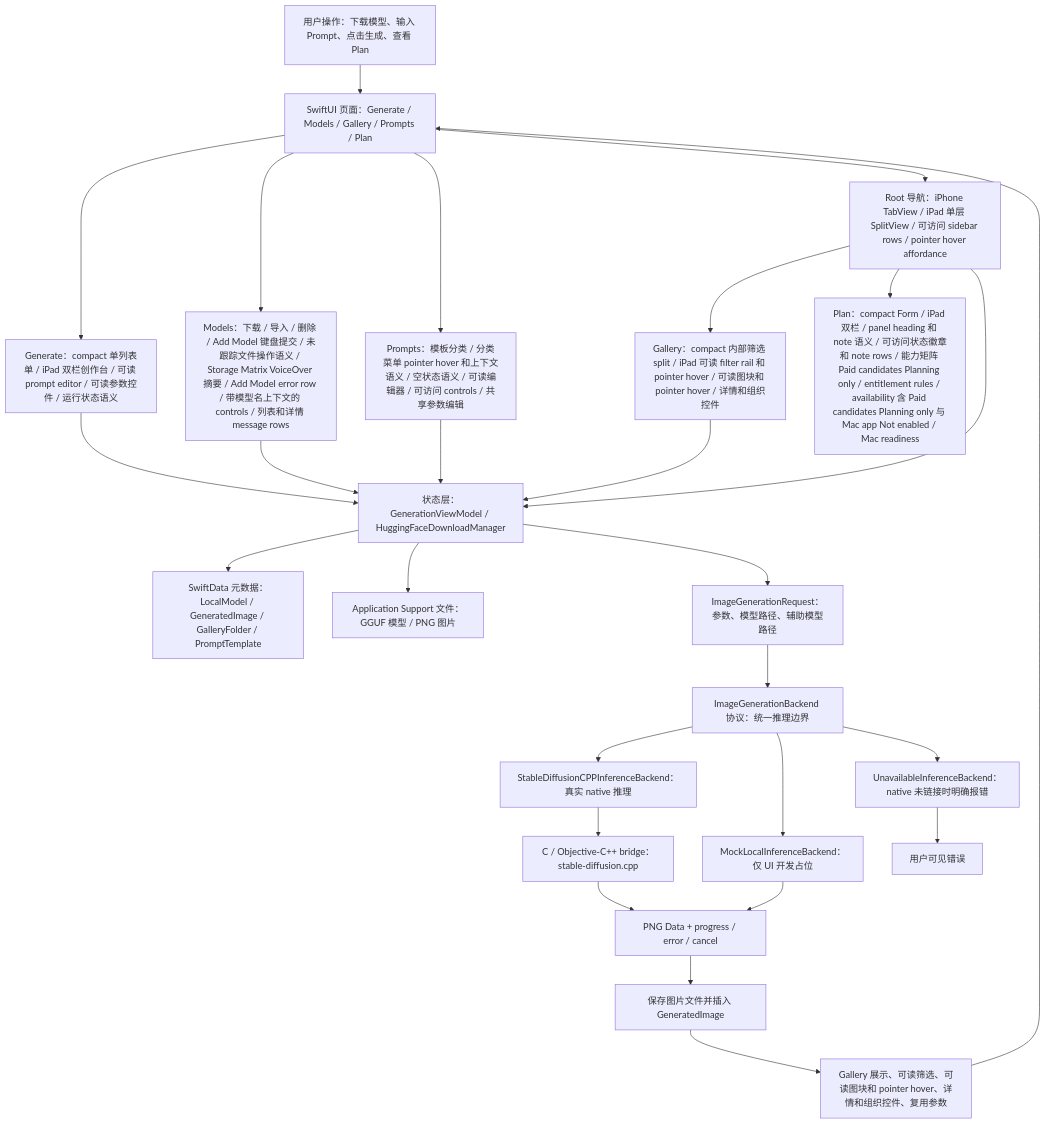
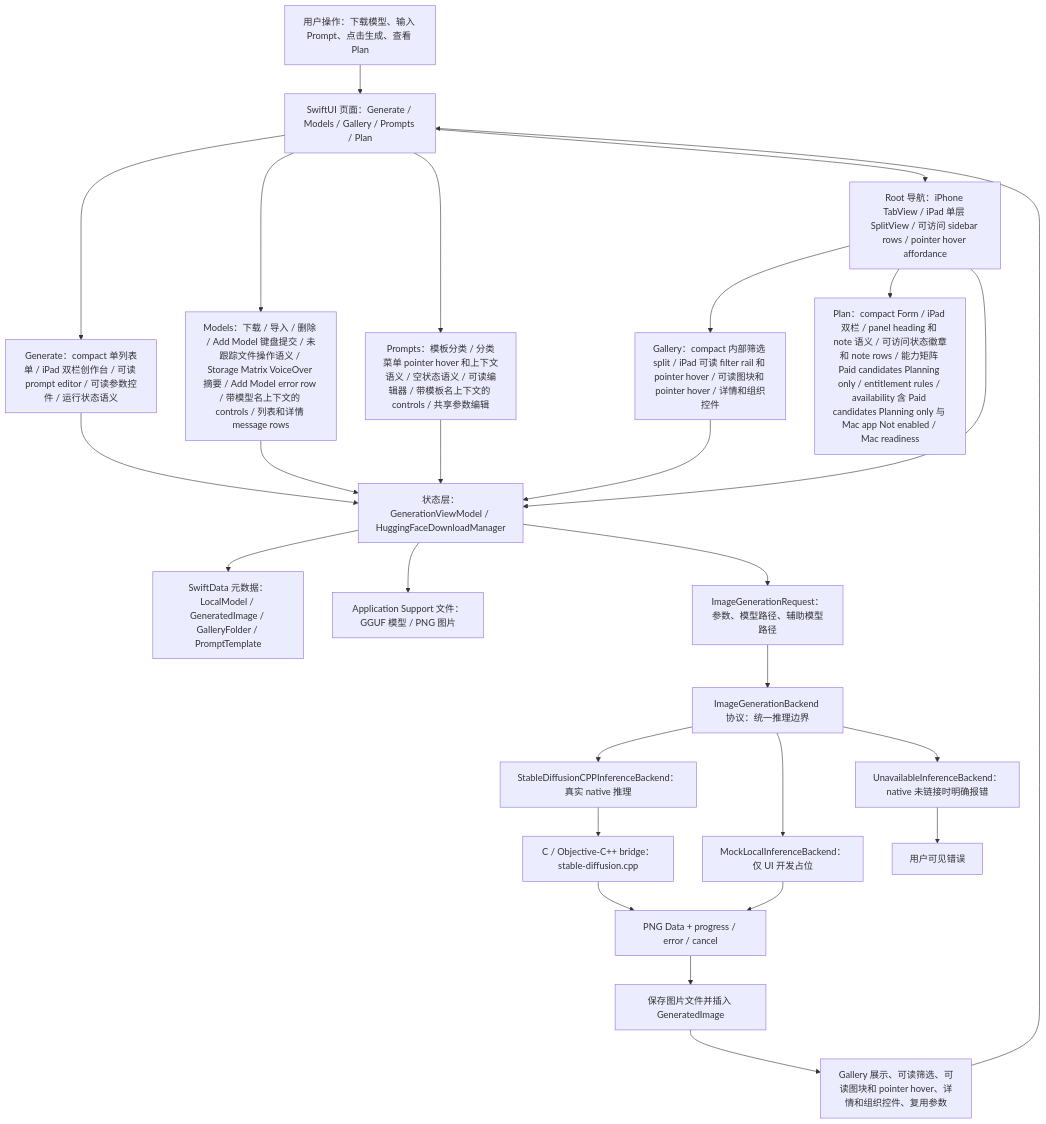
Before and after one commit to Altman-sam114/118: the first of 7 diagrams in md/flow/flowchart.md, drawn with Mermaid. The commit also changed 5 other files, not shown here.

````diff
--- a/md/flow/flowchart.md
+++ b/md/flow/flowchart.md
@@ -9,29 +9,29 @@
 ```mermaid
 flowchart TD
   U["用户操作：下载模型、输入 Prompt、点击生成、查看 Plan"] --> UI["SwiftUI 页面：Generate / Models / Gallery / Prompts / Plan"]
   UI --> GENUI["Generate：compact 单列表单 / iPad 双栏创作台 / 可读 prompt editor / 可读参数控件 / 运行状态语义"]
   UI --> MODELUI["Models：下载 / 导入 / 删除 / Add Model 键盘提交 / 未跟踪文件操作语义 / Storage Matrix VoiceOver 摘要 / Add Model error row / 带模型名上下文的 controls / 列表和详情 message rows"]
-  UI --> PROMPTUI["Prompts：模板分类 / 分类菜单 pointer hover 和上下文语义 / 空状态语义 / 可读编辑器 / 可访问 controls / 共享参数编辑"]
+  UI --> PROMPTUI["Prompts：模板分类 / 分类菜单 pointer hover 和上下文语义 / 空状态语义 / 可读编辑器 / 带模板名上下文的 controls / 共享参数编辑"]
   UI --> NAV["Root 导航：iPhone TabView / iPad 单层 SplitView / 可访问 sidebar rows / pointer hover affordance"]
   NAV --> GALUI["Gallery：compact 内部筛选 split / iPad 可读 filter rail 和 pointer hover / 可读图块和 pointer hover / 详情和组织控件"]
   NAV --> PLANUI["Plan：compact Form / iPad 双栏 / panel heading 和 note 语义 / 可访问状态徽章和 note rows / 能力矩阵 Paid candidates Planning only / entitlement rules / availability 含 Paid candidates Planning only 与 Mac app Not enabled / Mac readiness"]
   NAV --> VM["状态层：GenerationViewModel / HuggingFaceDownloadManager"]
   GENUI --> VM
   MODELUI --> VM
   PROMPTUI --> VM
   GALUI --> VM
   VM --> SD["SwiftData 元数据：LocalModel / GeneratedImage / GalleryFolder / PromptTemplate"]
   VM --> FS["Application Support 文件：GGUF 模型 / PNG 图片"]
   VM --> REQ["ImageGenerationRequest：参数、模型路径、辅助模型路径"]
   REQ --> IFACE["ImageGenerationBackend 协议：统一推理边界"]
   IFACE --> NATIVE["StableDiffusionCPPInferenceBackend：真实 native 推理"]
   IFACE --> MOCK["MockLocalInferenceBackend：仅 UI 开发占位"]
   IFACE --> OFF["UnavailableInferenceBackend：native 未链接时明确报错"]
   NATIVE --> BRIDGE["C / Objective-C++ bridge：stable-diffusion.cpp"]
   BRIDGE --> PNG["PNG Data + progress / error / cancel"]
   MOCK --> PNG
   OFF --> ERR["用户可见错误"]
   PNG --> SAVE["保存图片文件并插入 GeneratedImage"]
   SAVE --> GALLERY["Gallery 展示、可读筛选、可读图块和 pointer hover、详情和组织控件、复用参数"]
   GALLERY --> UI
 ```
````
